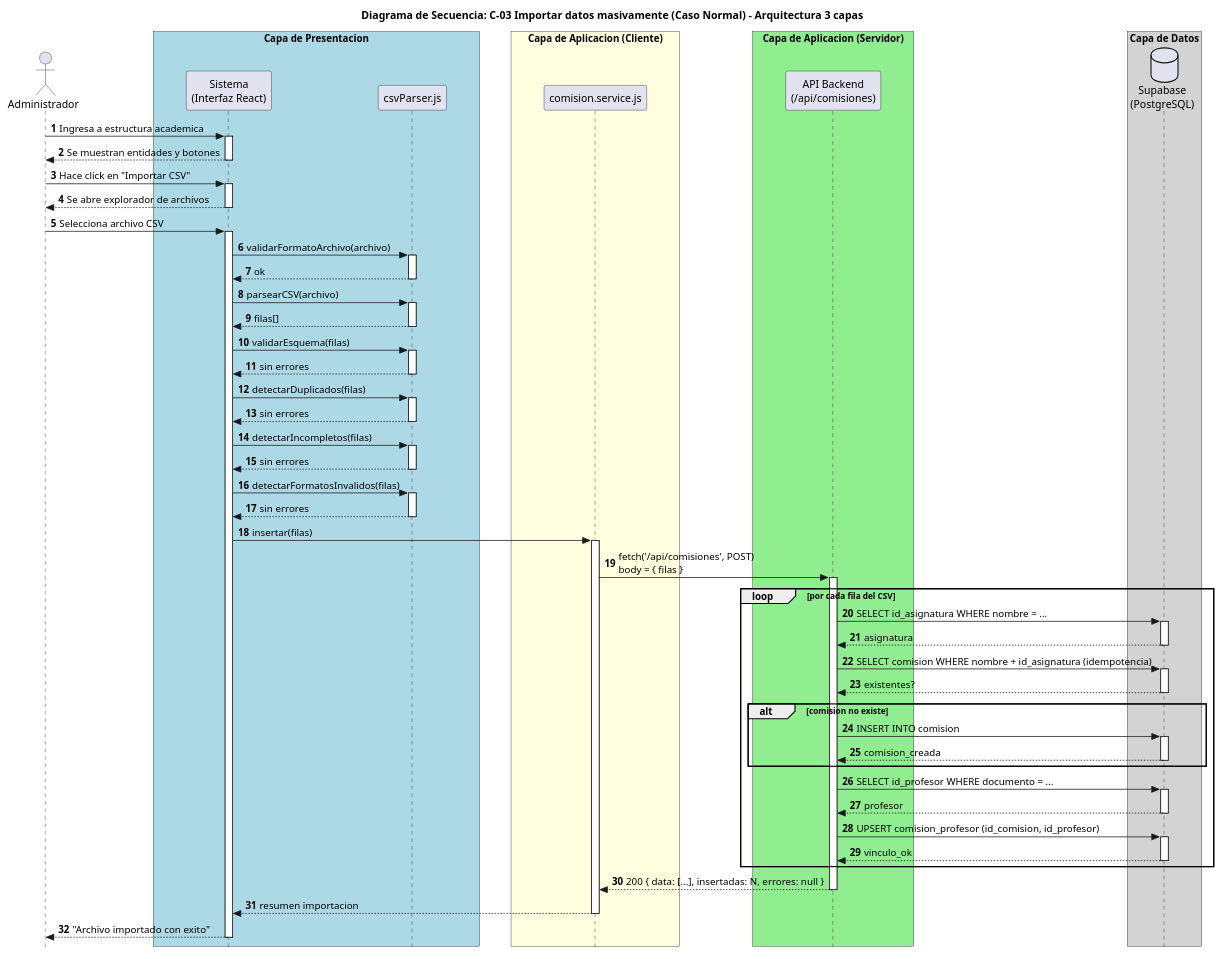
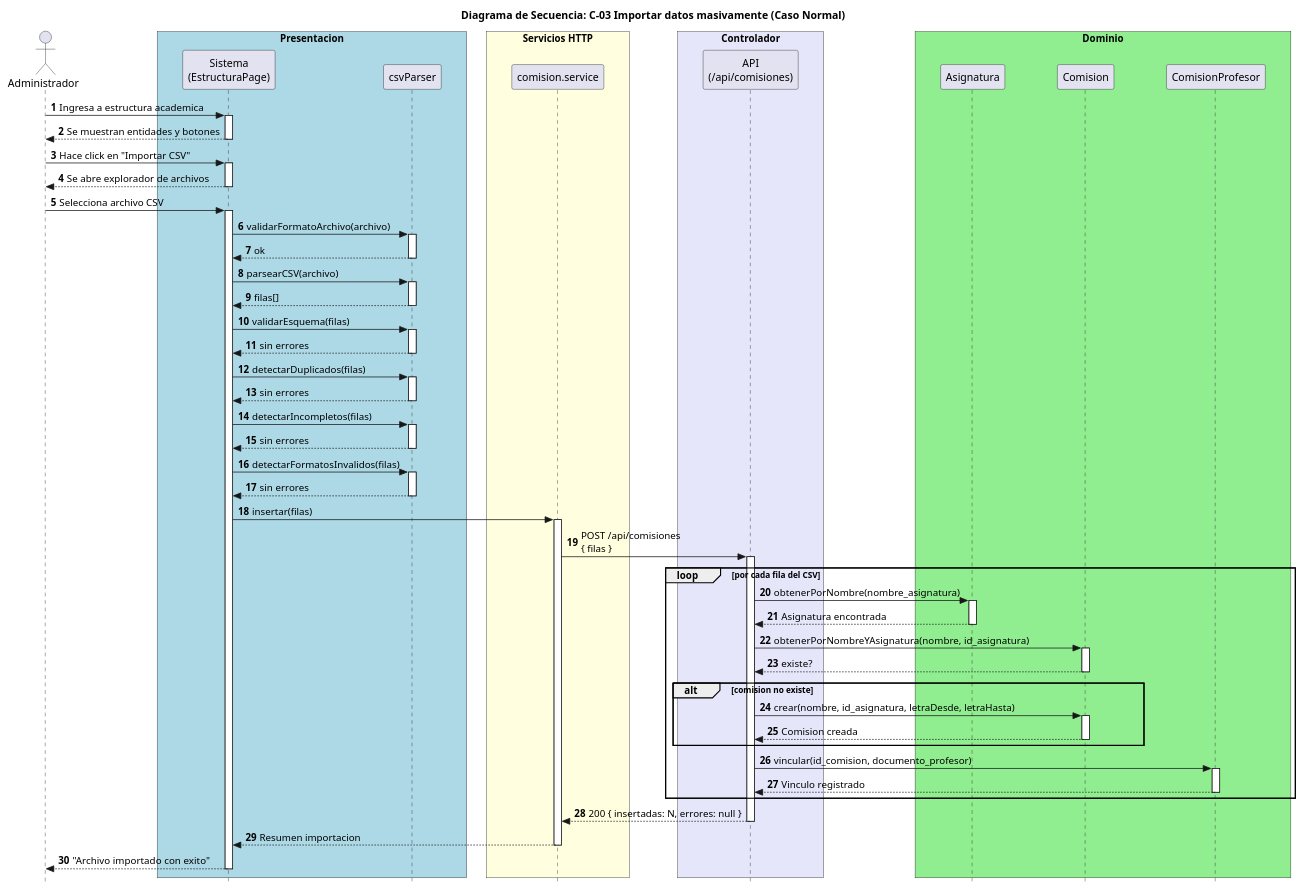
The diagram in docs/puml/actualizacion_claude/C-03 Importar datos masivamente (Caso Normal).puml (SantiagoScetti/sic-unne-admin), drawn with PlantUML before and after one commit. The commit also changed 11 other files, not shown here.

Commit message:
Refinamiento de codigos de diagramas de secuencia, de diagrama de entidad relacion, actualizaciones en el plan de accion

```diff
--- a/docs/puml/actualizacion_claude/C-03 Importar datos masivamente (Caso Normal).puml
+++ b/docs/puml/actualizacion_claude/C-03 Importar datos masivamente (Caso Normal).puml
@@ -1,115 +1,112 @@
 @startuml
 
-title Diagrama de Secuencia: C-03 Importar datos masivamente (Caso Normal) - Arquitectura 3 capas
+title Diagrama de Secuencia: C-03 Importar datos masivamente (Caso Normal)
 
 skinparam style strictuml
-skinparam ParticipantPadding 40
-skinparam BoxPadding 20
+skinparam ParticipantPadding 30
+skinparam BoxPadding 12
 
 autonumber
 
 actor Administrador
 
-box "Capa de Presentacion" #LightBlue
-  participant "Sistema\n(Interfaz React)" as Interfaz
-  participant "csvParser.js" as Parser
+box "Presentacion" #LightBlue
+  participant "Sistema\n(EstructuraPage)" as Interfaz
+  participant "csvParser"                 as Parser
 end box
 
-box "Capa de Aplicacion (Cliente)" #LightYellow
-  participant "comision.service.js" as Service
+box "Servicios HTTP" #LightYellow
+  participant "comision.service" as Service
 end box
 
-box "Capa de Aplicacion (Servidor)" #LightGreen
-  participant "API Backend\n(/api/comisiones)" as API
+box "Controlador" #Lavender
+  participant "API\n(/api/comisiones)" as API
 end box
 
-box "Capa de Datos" #LightGray
-  database "Supabase\n(PostgreSQL)" as DB
+box "Dominio" #LightGreen
+  participant "Asignatura"       as Asignatura
+  participant "Comision"         as Comision
+  participant "ComisionProfesor" as ComisionProfesor
 end box
 
 Administrador -> Interfaz: Ingresa a estructura academica
 activate Interfaz
 Interfaz --> Administrador: Se muestran entidades y botones
 deactivate Interfaz
 
 Administrador -> Interfaz: Hace click en "Importar CSV"
 activate Interfaz
 Interfaz --> Administrador: Se abre explorador de archivos
 deactivate Interfaz
 
 Administrador -> Interfaz: Selecciona archivo CSV
 activate Interfaz
 
 Interfaz -> Parser: validarFormatoArchivo(archivo)
 activate Parser
 Parser --> Interfaz: ok
 deactivate Parser
 
 Interfaz -> Parser: parsearCSV(archivo)
 activate Parser
 Parser --> Interfaz: filas[]
 deactivate Parser
 
 Interfaz -> Parser: validarEsquema(filas)
 activate Parser
 Parser --> Interfaz: sin errores
 deactivate Parser
 
 Interfaz -> Parser: detectarDuplicados(filas)
 activate Parser
 Parser --> Interfaz: sin errores
 deactivate Parser
 
 Interfaz -> Parser: detectarIncompletos(filas)
 activate Parser
 Parser --> Interfaz: sin errores
 deactivate Parser
 
 Interfaz -> Parser: detectarFormatosInvalidos(filas)
 activate Parser
 Parser --> Interfaz: sin errores
 deactivate Parser
 
 Interfaz -> Service: insertar(filas)
 activate Service
-Service -> API: fetch('/api/comisiones', POST)\nbody = { filas }
+Service -> API: POST /api/comisiones\n{ filas }
 activate API
 
 loop por cada fila del CSV
-    API -> DB: SELECT id_asignatura WHERE nombre = ...
-    activate DB
-    DB --> API: asignatura
-    deactivate DB
+  API -> Asignatura: obtenerPorNombre(nombre_asignatura)
+  activate Asignatura
+  Asignatura --> API: Asignatura encontrada
+  deactivate Asignatura
 
-    API -> DB: SELECT comision WHERE nombre + id_asignatura (idempotencia)
-    activate DB
-    DB --> API: existentes?
-    deactivate DB
+  API -> Comision: obtenerPorNombreYAsignatura(nombre, id_asignatura)
+  activate Comision
+  Comision --> API: existe?
+  deactivate Comision
 
-    alt comision no existe
-        API -> DB: INSERT INTO comision
-        activate DB
-        DB --> API: comision_creada
-        deactivate DB
-    end
+  alt comision no existe
+    API -> Comision: crear(nombre, id_asignatura, letraDesde, letraHasta)
+    activate Comision
+    Comision --> API: Comision creada
+    deactivate Comision
+  end
 
-    API -> DB: SELECT id_profesor WHERE documento = ...
-    activate DB
-    DB --> API: profesor
-    deactivate DB
-
-    API -> DB: UPSERT comision_profesor (id_comision, id_profesor)
-    activate DB
-    DB --> API: vinculo_ok
-    deactivate DB
+  API -> ComisionProfesor: vincular(id_comision, documento_profesor)
+  activate ComisionProfesor
+  ComisionProfesor --> API: Vinculo registrado
+  deactivate ComisionProfesor
 end
 
-API --> Service: 200 { data: [...], insertadas: N, errores: null }
+API --> Service: 200 { insertadas: N, errores: null }
 deactivate API
-Service --> Interfaz: resumen importacion
+Service --> Interfaz: Resumen importacion
 deactivate Service
 
 Interfaz --> Administrador: "Archivo importado con exito"
 deactivate Interfaz
 
 @enduml
```
